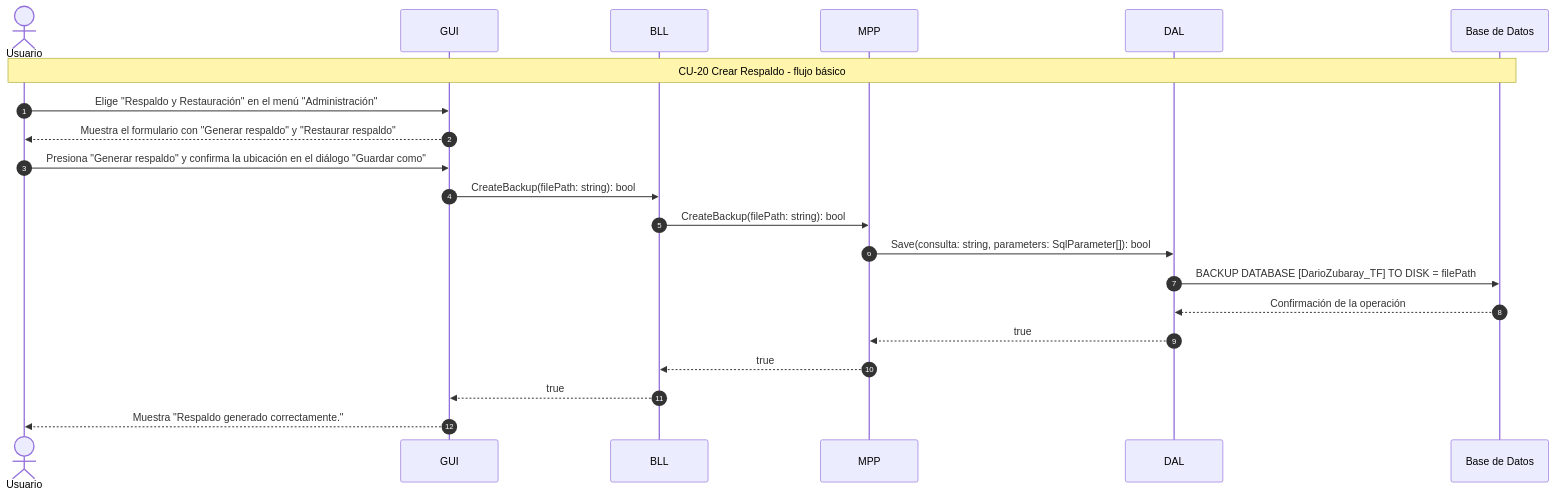
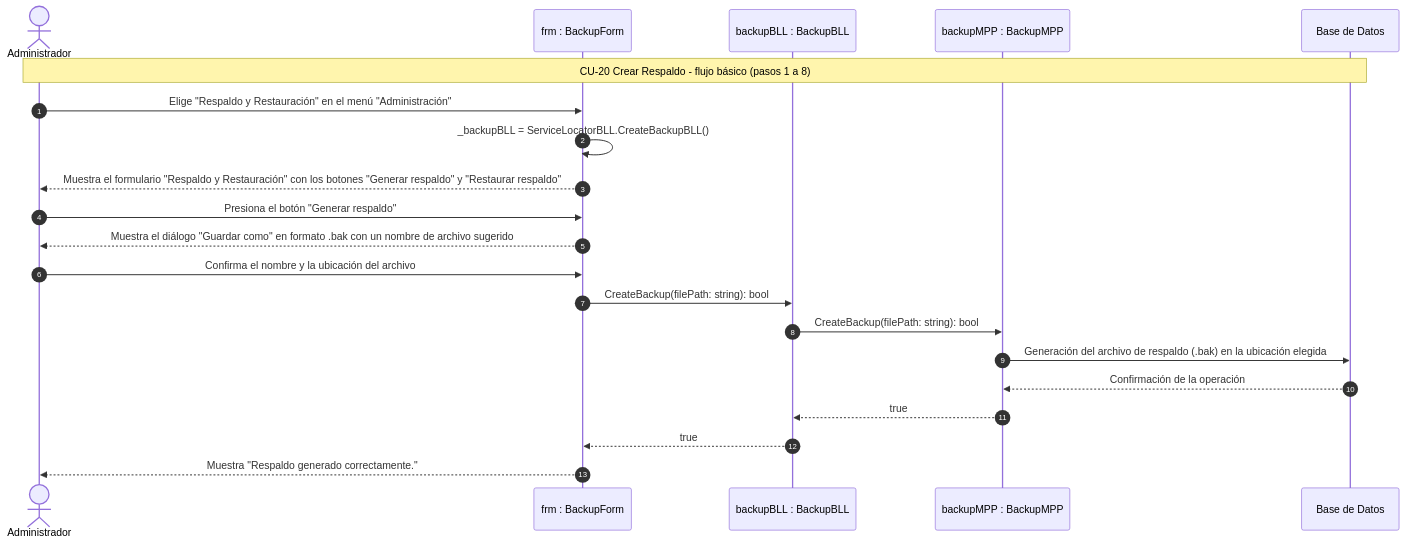
The diagram in docs/mermaid-live/4. diagramas-caso-uso/4.20.8.secuencia-crear-respaldo.mmd (DarioZubaray/Proyecto-Final), drawn with Mermaid before and after one commit. The commit also changed 24 other files, not shown here.

Commit message:
phase 3 batch S3: real-instance sequence diagrams for CUs 4.14, 4.15, 4.19-4.21

```diff
--- a/docs/mermaid-live/4. diagramas-caso-uso/4.20.8.secuencia-crear-respaldo.mmd
+++ b/docs/mermaid-live/4. diagramas-caso-uso/4.20.8.secuencia-crear-respaldo.mmd
@@ -1,24 +1,24 @@
 sequenceDiagram
     autonumber
-    actor Usuario
-    participant GUI as GUI
-    participant BLL as BLL
-    participant MPP as MPP
-    participant DAL as DAL
-    participant BD as Base de Datos
+    actor Administrador
+    participant frm as frm : BackupForm
+    participant backupBLL as backupBLL : BackupBLL
+    participant backupMPP as backupMPP : BackupMPP
+    participant bd as Base de Datos
 
-    Note over Usuario,BD: CU-20 Crear Respaldo - flujo básico
+    Note over Administrador,bd: CU-20 Crear Respaldo - flujo básico (pasos 1 a 8)
 
-    Usuario->>GUI: Elige "Respaldo y Restauración" en el menú "Administración"
-    GUI-->>Usuario: Muestra el formulario con "Generar respaldo" y "Restaurar respaldo"
+    Administrador->>frm: Elige "Respaldo y Restauración" en el menú "Administración"
+    frm->>frm: _backupBLL = ServiceLocatorBLL.CreateBackupBLL()
+    frm-->>Administrador: Muestra el formulario "Respaldo y Restauración" con los botones "Generar respaldo" y "Restaurar respaldo"
 
-    Usuario->>GUI: Presiona "Generar respaldo" y confirma la ubicación en el diálogo "Guardar como"
-    GUI->>BLL: CreateBackup(filePath: string): bool
-    BLL->>MPP: CreateBackup(filePath: string): bool
-    MPP->>DAL: Save(consulta: string, parameters: SqlParameter[]): bool
-    DAL->>BD: BACKUP DATABASE [DarioZubaray_TF] TO DISK = filePath
-    BD-->>DAL: Confirmación de la operación
-    DAL-->>MPP: true
-    MPP-->>BLL: true
-    BLL-->>GUI: true
-    GUI-->>Usuario: Muestra "Respaldo generado correctamente."
+    Administrador->>frm: Presiona el botón "Generar respaldo"
+    frm-->>Administrador: Muestra el diálogo "Guardar como" en formato .bak con un nombre de archivo sugerido
+    Administrador->>frm: Confirma el nombre y la ubicación del archivo
+    frm->>backupBLL: CreateBackup(filePath: string): bool
+    backupBLL->>backupMPP: CreateBackup(filePath: string): bool
+    backupMPP->>bd: Generación del archivo de respaldo (.bak) en la ubicación elegida
+    bd-->>backupMPP: Confirmación de la operación
+    backupMPP-->>backupBLL: true
+    backupBLL-->>frm: true
+    frm-->>Administrador: Muestra "Respaldo generado correctamente."
```
